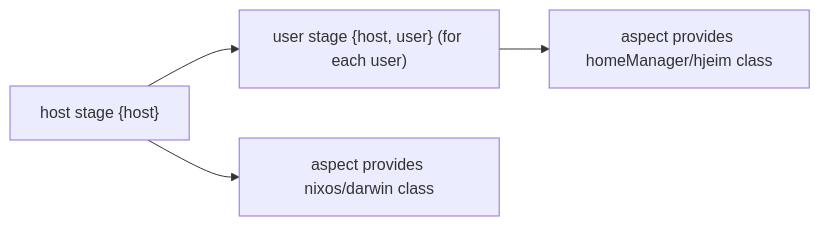
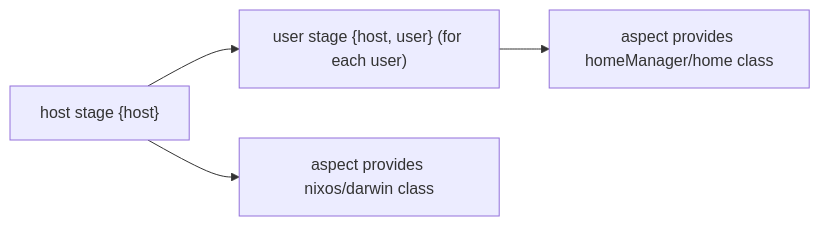
One commit to denful/den changed the first of 3 diagrams in docs/src/content/docs/index.mdx. Above: the diagram before and after it, drawn with Mermaid. The commit also changed 56 other files, not shown here.

````diff
--- a/docs/src/content/docs/index.mdx
+++ b/docs/src/content/docs/index.mdx
@@ -96,6 +96,6 @@
 ```mermaid
 graph LR
   H["host stage {host}"] --> U["user stage {host, user} (for each user)"]
-  U --> HM["aspect provides homeManager/hjeim class"]
+  U --> HM["aspect provides homeManager/home class"]
   H --> OS["aspect provides nixos/darwin class"]
 ```
````
